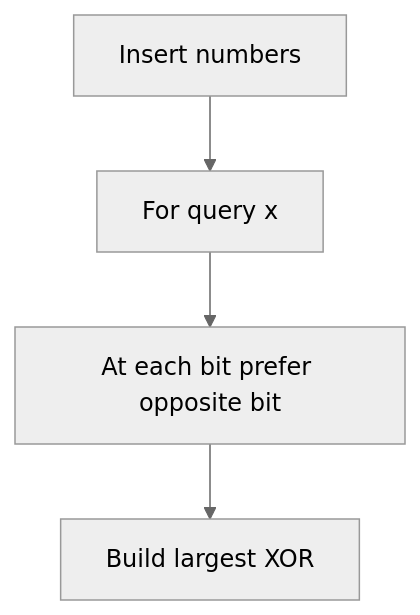
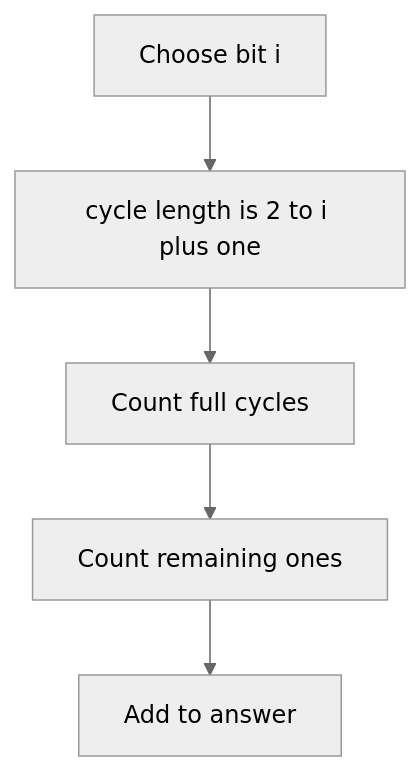
One commit to mthaiseer/springcloud-systemdesign-notes changed diagram 18 of 22 in CP_DSA_NOTES/CONCEPT_FRAMEWORK_FORMS_TATICS/bitwise_playbook.md. Above: the diagram before and after it, drawn with Mermaid (neutral theme). The commit also changed other lines of this file, not shown here.

````diff
--- a/CP_DSA_NOTES/CONCEPT_FRAMEWORK_FORMS_TATICS/bitwise_playbook.md
+++ b/CP_DSA_NOTES/CONCEPT_FRAMEWORK_FORMS_TATICS/bitwise_playbook.md
@@ -526,6 +769,7 @@
 ```mermaid
 flowchart TD
-    A["Insert numbers"] --> B["For query x"]
-    B --> C["At each bit prefer opposite bit"]
-    C --> D["Build largest XOR"]
+    A["Choose bit i"] --> B["cycle length is 2 to i plus one"]
+    B --> C["Count full cycles"]
+    C --> D["Count remaining ones"]
+    D --> E["Add to answer"]
 ```
````
